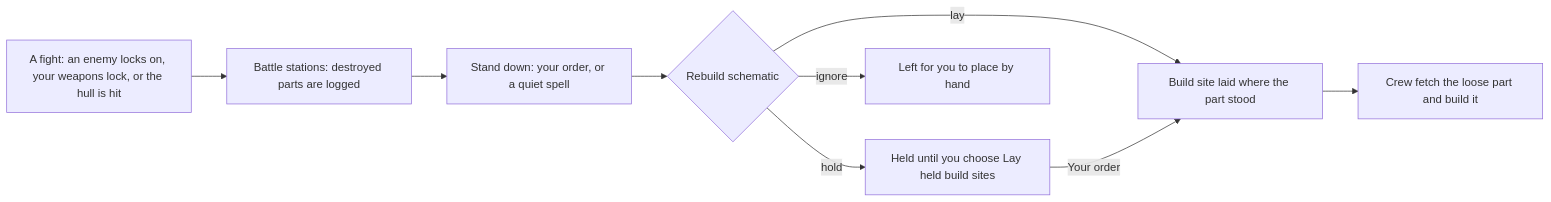
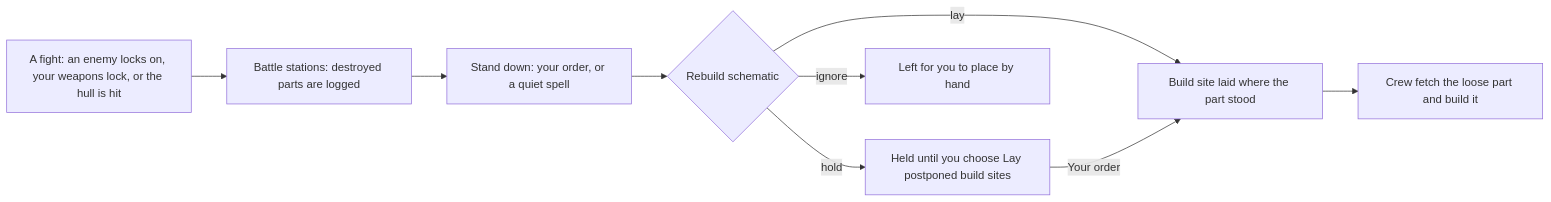
One commit to phobos-dthorga/phobos-ostranauts changed the first of 5 diagrams in docs/war-declared-player-guide.md. Above: the diagram before and after it, drawn with Mermaid. The commit also changed other lines of this file and 46 other files, not shown here.

````diff
--- a/docs/war-declared-player-guide.md
+++ b/docs/war-declared-player-guide.md
@@ -11,11 +11,11 @@
 ```mermaid
 flowchart LR
     Fight["A fight: an enemy locks on, your weapons lock, or the hull is hit"] --> BS["Battle stations: destroyed parts are logged"]
     BS --> Down["Stand down: your order, or a quiet spell"]
     Down --> Sch{"Rebuild schematic"}
     Sch -->|lay| Site["Build site laid where the part stood"]
-    Sch -->|hold| Held["Held until you choose Lay held build sites"]
+    Sch -->|hold| Held["Held until you choose Lay postponed build sites"]
     Sch -->|ignore| You["Left for you to place by hand"]
     Held -->|Your order| Site
     Site --> Crew["Crew fetch the loose part and build it"]
 ```
````
